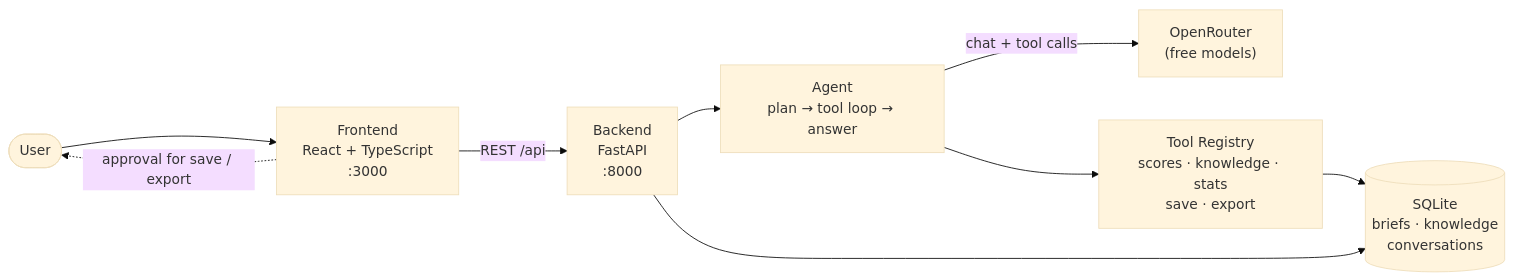
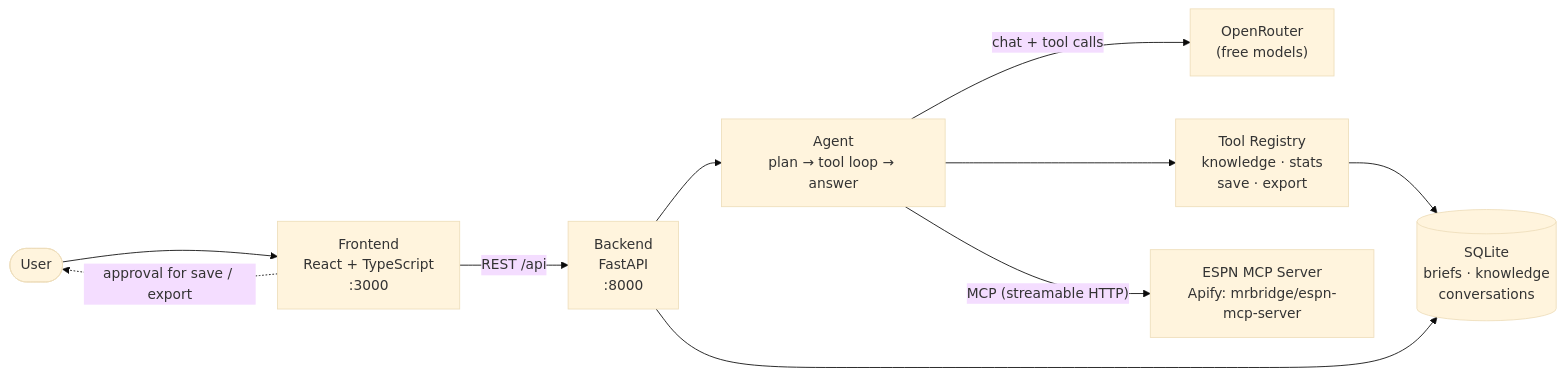
The diagram in README.md (DRMALEK/Agentic-Sport-Briefs), drawn with Mermaid (base theme) before and after one commit. The commit also changed other lines of this file and 9 other files, not shown here.

First line of the commit message:
Replace mocked live scores with ESPN MCP server (Apify) - needs testing

````diff
--- a/README.md
+++ b/README.md
@@ -23,11 +21,12 @@
 ```mermaid
 flowchart LR
     User([User]) --> FE["Frontend<br/>React + TypeScript<br/>:3000"]
     FE -- "REST /api" --> BE["Backend<br/>FastAPI<br/>:8000"]
     BE --> Agent["Agent<br/>plan → tool loop → answer"]
     Agent -- "chat + tool calls" --> LLM["OpenRouter<br/>(free models)"]
-    Agent --> Tools["Tool Registry<br/>scores · knowledge · stats<br/>save · export"]
+    Agent --> Tools["Tool Registry<br/>knowledge · stats<br/>save · export"]
     Tools --> DB[("SQLite<br/>briefs · knowledge<br/>conversations")]
     BE --> DB
+    Agent -- "MCP (streamable HTTP)" --> MCP["ESPN MCP Server<br/>Apify: mrbridge/espn-mcp-server"]
     FE -. "approval for save / export" .-> User
 ```
````
